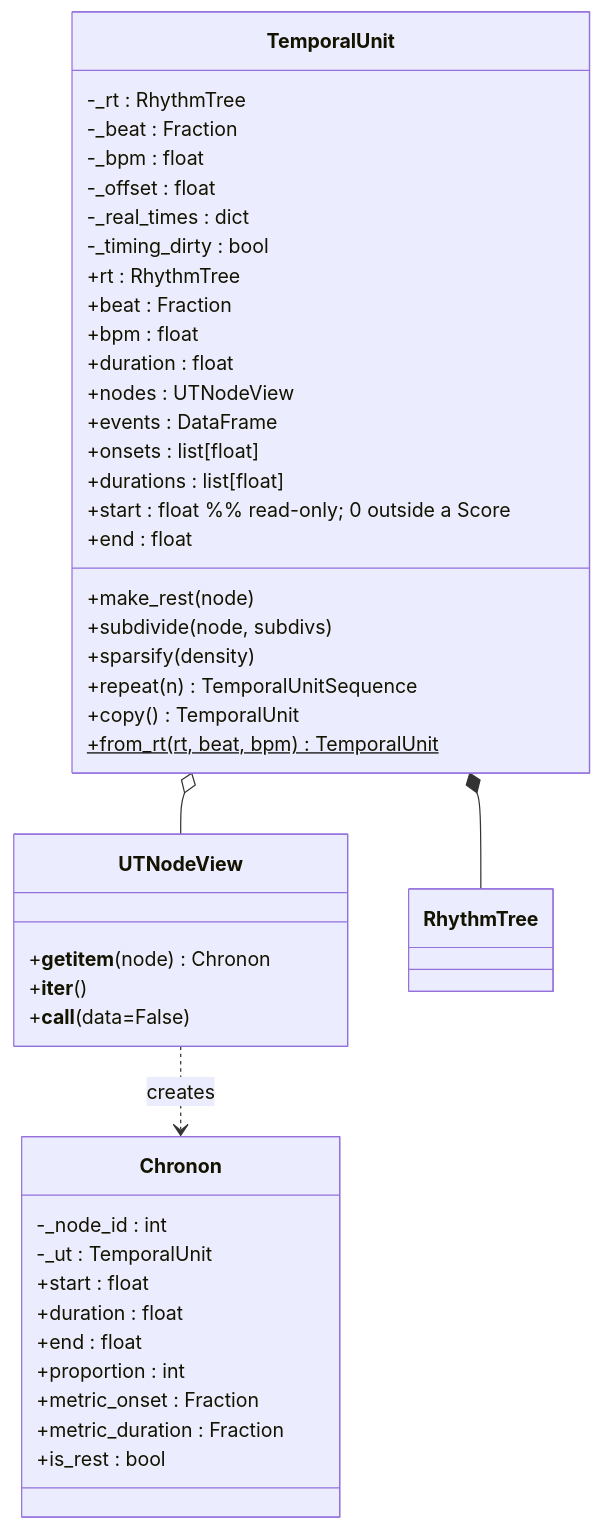
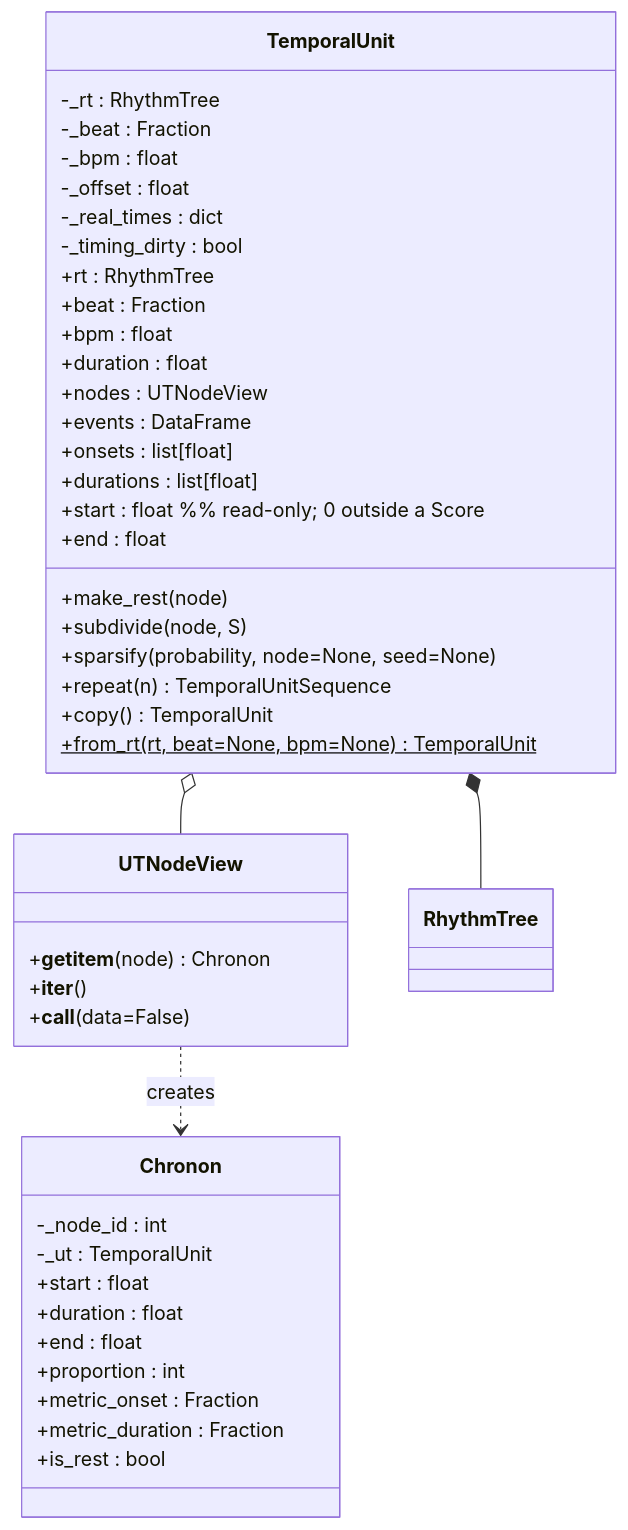
Before and after one commit to kr4g/Klotho: the third of 7 diagrams in docs/architecture/02_CHRONOS.md, drawn with Mermaid. The commit also changed other lines of this file and 14 other files, not shown here.

First line of the commit message:
Refresh architecture docs and Sphinx index for 10.x API (10.11.1)

````diff
--- a/docs/architecture/02_CHRONOS.md
+++ b/docs/architecture/02_CHRONOS.md
@@ -198,49 +200,49 @@
 ```mermaid
 classDiagram
     class TemporalUnit {
         -_rt : RhythmTree
         -_beat : Fraction
         -_bpm : float
         -_offset : float
         -_real_times : dict
         -_timing_dirty : bool
         +rt : RhythmTree
         +beat : Fraction
         +bpm : float
         +duration : float
         +nodes : UTNodeView
         +events : DataFrame
         +onsets : list[float]
         +durations : list[float]
         +start : float  %% read-only; 0 outside a Score
         +end : float
         +make_rest(node)
-        +subdivide(node, subdivs)
-        +sparsify(density)
+        +subdivide(node, S)
+        +sparsify(probability, node=None, seed=None)
         +repeat(n) TemporalUnitSequence
         +copy() TemporalUnit
-        +from_rt(rt, beat, bpm) TemporalUnit$
+        +from_rt(rt, beat=None, bpm=None) TemporalUnit$
     }
 
     class Chronon {
         -_node_id : int
         -_ut : TemporalUnit
         +start : float
         +duration : float
         +end : float
         +proportion : int
         +metric_onset : Fraction
         +metric_duration : Fraction
         +is_rest : bool
     }
 
     class UTNodeView {
         +__getitem__(node) Chronon
         +__iter__()
         +__call__(data=False)
     }
 
     TemporalUnit *-- RhythmTree
     TemporalUnit o-- UTNodeView
     UTNodeView ..> Chronon : creates
 ```
````
